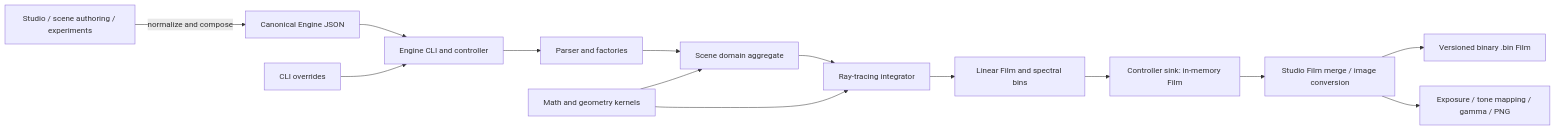
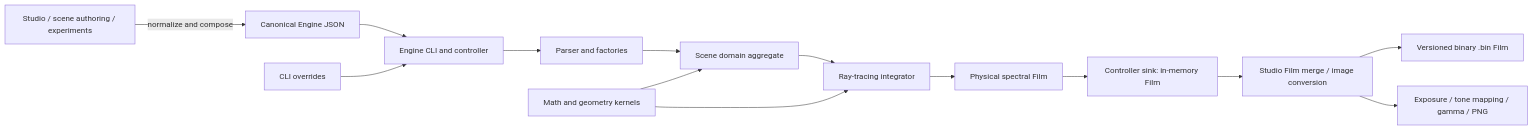
The first of 3 diagrams in docs/engine-system-architecture-and-rendering-pipeline.md (Algo2147483647/Ray), drawn with Mermaid before and after one commit. The commit also changed other lines of this file and 48 other files, not shown here.

````diff
--- a/docs/engine-system-architecture-and-rendering-pipeline.md
+++ b/docs/engine-system-architecture-and-rendering-pipeline.md
@@ -24,17 +24,17 @@
 ```mermaid
 flowchart LR
     A["Studio / scene authoring / experiments"] -->|"normalize and compose"| B["Canonical Engine JSON"]
     B --> C["Engine CLI and controller"]
     C --> D["Parser and factories"]
     D --> E["Scene domain aggregate"]
     E --> F["Ray-tracing integrator"]
-    F --> G["Linear Film and spectral bins"]
+    F --> G["Physical spectral Film"]
     G --> H["Controller sink: in-memory Film"]
     H --> I["Studio Film merge / image conversion"]
     I --> K["Versioned binary .bin Film"]
     I --> J["Exposure / tone mapping / gamma / PNG"]
 
     L["CLI overrides"] --> C
     M["Math and geometry kernels"] --> E
     M --> F
 ```
````
